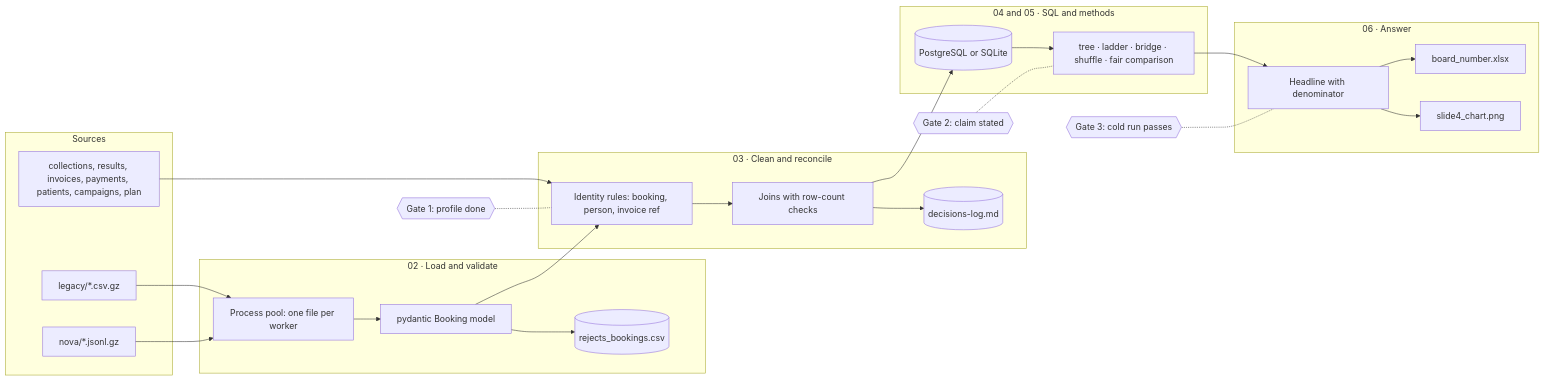
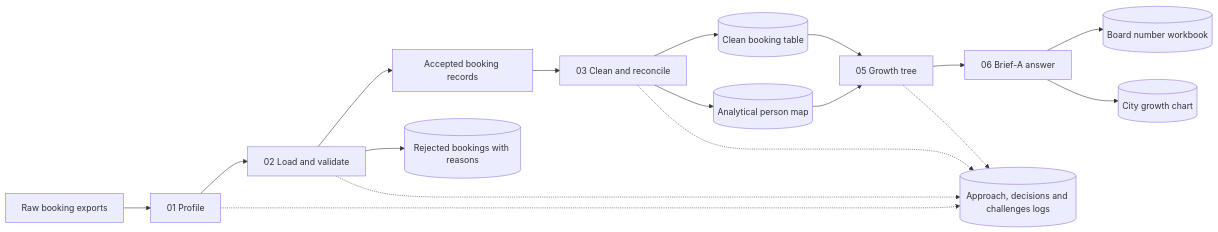
Before and after one commit to hashincludeaayush/iitgn-build1: the first of 7 diagrams in docs/diagrams.md, drawn with Mermaid. The commit also changed other lines of this file and 23 other files, not shown here.

````diff
--- a/docs/diagrams.md
+++ b/docs/diagrams.md
@@ -65,38 +8,19 @@
 ```mermaid
 flowchart LR
-    subgraph Sources
-        L["legacy/*.csv.gz"]
-        N["nova/*.jsonl.gz"]
-        O["collections, results, invoices, payments, patients, campaigns, plan"]
-    end
-    subgraph Load["02 · Load and validate"]
-        PP["Process pool: one file per worker"]
-        V["pydantic Booking model"]
-        RJ[("rejects_bookings.csv")]
-    end
-    subgraph Clean["03 · Clean and reconcile"]
-        ID["Identity rules: booking, person, invoice ref"]
-        J["Joins with row-count checks"]
-        DL[("decisions-log.md")]
-    end
-    subgraph Analyse["04 and 05 · SQL and methods"]
-        SQL[("PostgreSQL or SQLite")]
-        M["tree · ladder · bridge · shuffle · fair comparison"]
-    end
-    subgraph Answer["06 · Answer"]
-        H["Headline with denominator"]
-        X["board_number.xlsx"]
-        CH["slide4_chart.png"]
-    end
-    L --> PP --> V
-    N --> PP
-    V --> RJ
-    V --> ID --> J --> SQL --> M --> H
-    O --> ID
-    J --> DL
-    H --> X
-    H --> CH
-    G1{{"Gate 1: profile done"}} -.- ID
-    G2{{"Gate 2: claim stated"}} -.- M
-    G3{{"Gate 3: cold run passes"}} -.- H
+    RAW["Raw booking exports"] --> PROFILE["01 Profile"]
+    PROFILE --> LOAD["02 Load and validate"]
+    LOAD --> ACCEPTED["Accepted booking records"]
+    LOAD --> REJECTS[("Rejected bookings with reasons")]
+    ACCEPTED --> CLEAN["03 Clean and reconcile"]
+    CLEAN --> BOOKING[("Clean booking table")]
+    CLEAN --> PEOPLE[("Analytical person map")]
+    BOOKING --> TREE["05 Growth tree"]
+    PEOPLE --> TREE
+    TREE --> ANSWER["06 Brief-A answer"]
+    ANSWER --> BOARD[("Board number workbook")]
+    ANSWER --> CHART[("City growth chart")]
+    PROFILE -.-> LOGS[("Approach, decisions and challenges logs")]
+    LOAD -.-> LOGS
+    CLEAN -.-> LOGS
+    TREE -.-> LOGS
 ```
````
